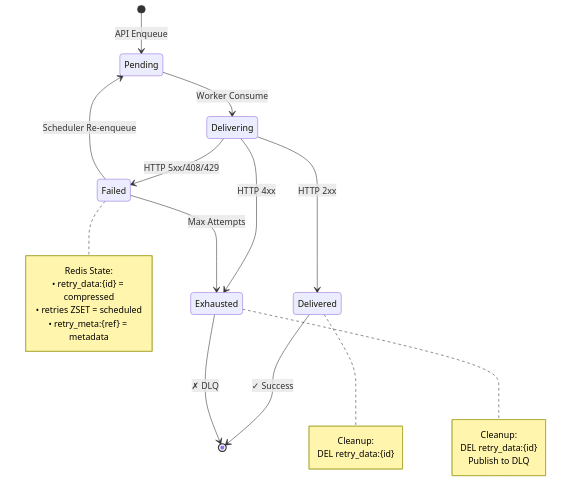
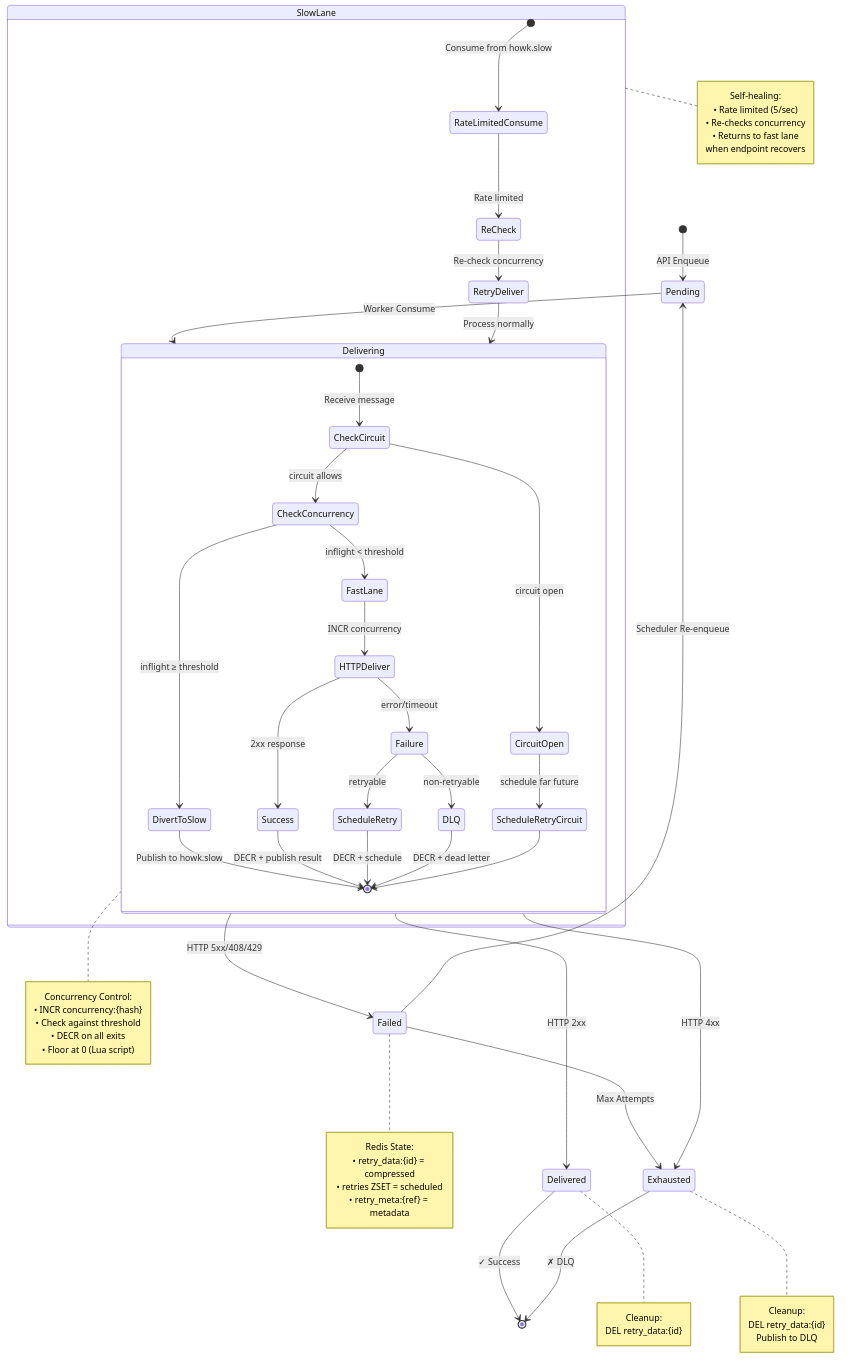
The fourth of 4 diagrams in README.md (renatocron/howk), drawn with Mermaid before and after one commit. The commit also changed other lines of this file, not shown here.

````diff
--- a/README.md
+++ b/README.md
@@ -250,34 +288,81 @@
 ```mermaid
 stateDiagram-v2
     [*] --> Pending: API Enqueue
     
     Pending --> Delivering: Worker Consume
+    
+    state Delivering {
+        [*] --> CheckCircuit: Receive message
+        CheckCircuit --> CircuitOpen: circuit open
+        CheckCircuit --> CheckConcurrency: circuit allows
+        
+        CheckConcurrency --> FastLane: inflight < threshold
+        CheckConcurrency --> DivertToSlow: inflight ≥ threshold
+        
+        FastLane --> HTTPDeliver: INCR concurrency
+        DivertToSlow --> [*]: Publish to howk.slow
+        
+        HTTPDeliver --> Success: 2xx response
+        HTTPDeliver --> Failure: error/timeout
+        
+        Success --> [*]: DECR + publish result
+        Failure --> ScheduleRetry: retryable
+        Failure --> DLQ: non-retryable
+        ScheduleRetry --> [*]: DECR + schedule
+        DLQ --> [*]: DECR + dead letter
+        
+        CircuitOpen --> ScheduleRetryCircuit: schedule far future
+        ScheduleRetryCircuit --> [*]
+    }
+    
+    state SlowLane {
+        [*] --> RateLimitedConsume: Consume from howk.slow
+        RateLimitedConsume --> ReCheck: Rate limited
+        ReCheck --> RetryDeliver: Re-check concurrency
+        RetryDeliver --> Delivering: Process normally
+    }
     
     Delivering --> Delivered: HTTP 2xx
     Delivering --> Failed: HTTP 5xx/408/429
     Delivering --> Exhausted: HTTP 4xx
     
     Failed --> Pending: Scheduler Re-enqueue
     Failed --> Exhausted: Max Attempts
     
     Delivered --> [*]: ✓ Success
     Exhausted --> [*]: ✗ DLQ
 
+    note right of Delivering
+        Concurrency Control:
+        • INCR concurrency:{hash}
+        • Check against threshold
+        • DECR on all exits
+        • Floor at 0 (Lua script)
+    end note
+    
+    note right of SlowLane
+        Self-healing:
+        • Rate limited (5/sec)
+        • Re-checks concurrency
+        • Returns to fast lane
+          when endpoint recovers
+    end note
+    
     note right of Failed
         Redis State:
         • retry_data:{id} = compressed
         • retries ZSET = scheduled
         • retry_meta:{ref} = metadata
     end note
     
     note right of Delivered
         Cleanup:
         DEL retry_data:{id}
     end note
     
     note right of Exhausted
         Cleanup:
         DEL retry_data:{id}
         Publish to DLQ
     end note
 ```
````
